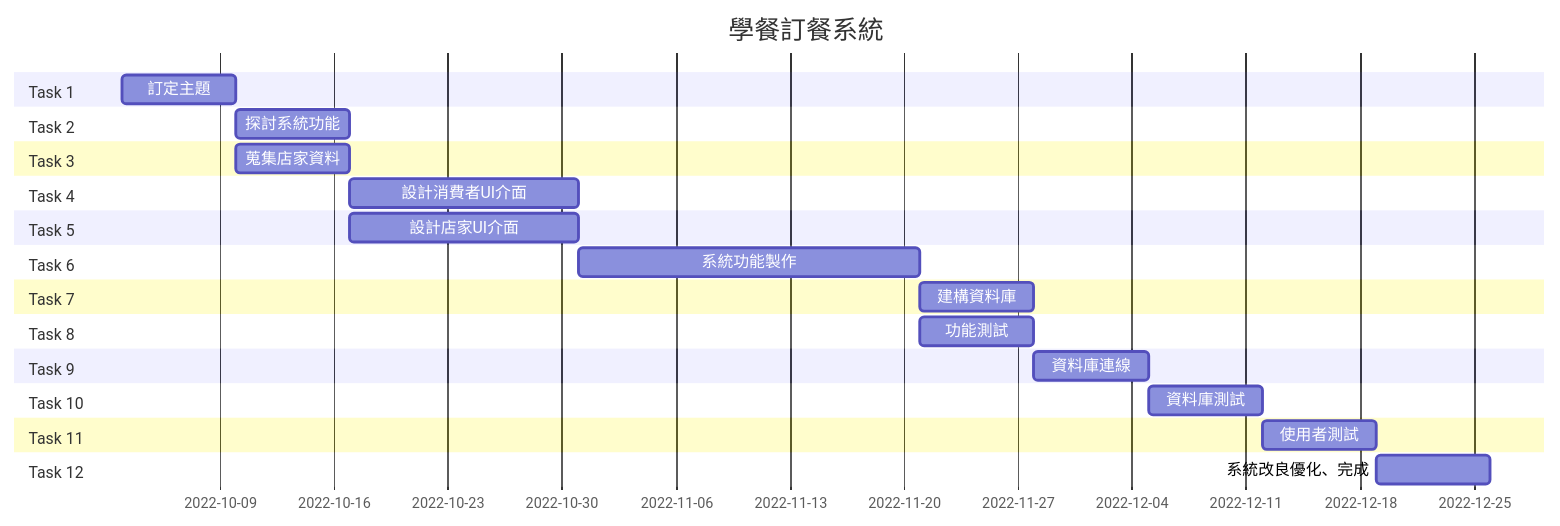
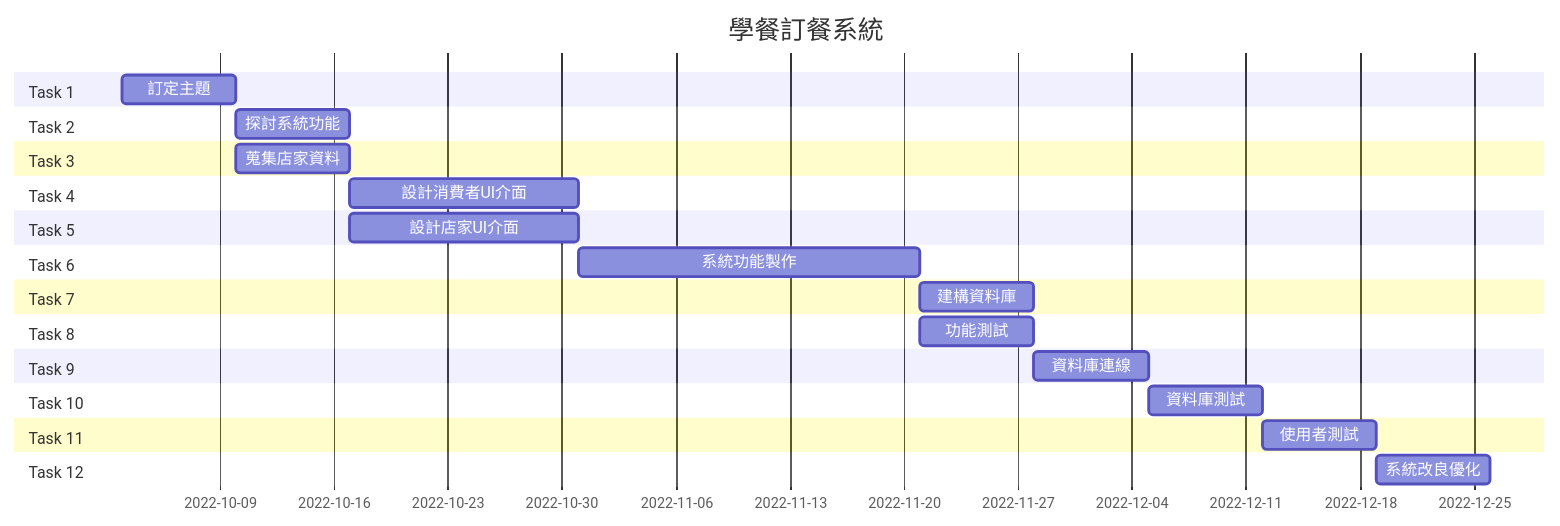
The diagram in README.md (woni1215/System-analysis-team3), drawn with Mermaid before and after one commit.

````diff
--- a/README.md
+++ b/README.md
@@ -16,29 +16,29 @@
 ```mermaid
 gantt
     title 學餐訂餐系統
     dateFormat  YYYY-MM-DD
     section Task 1
     訂定主題 :t1 , 2022-10-03 , 1w
     section Task 2
     探討系統功能 :t2 , after t1 , 1w
     section Task 3
     蒐集店家資料 :t3 , after t1 , 1w
     section Task 4
     設計消費者UI介面 :t4 , after t2 , 2w
     section Task 5
     設計店家UI介面 :t5 , after t2 , 2w
     section Task 6
     系統功能製作 :t6 , after t4 , 3w
     section Task 7
     建構資料庫 :t7 , after t6 , 1w
     section Task 8
     功能測試 :t8 , after t6 , 1w
     section Task 9
     資料庫連線 :t9 , after t8 , 1w
     section Task 10
     資料庫測試 :t10 , after t9 , 1w
     section Task 11
     使用者測試 :t11 , after t10 , 1w
     section Task 12
-    系統改良優化、完成 :t12 , after t11 , 1w
+    系統改良優化 :t12 , after t11 , 1w
 ```
````
